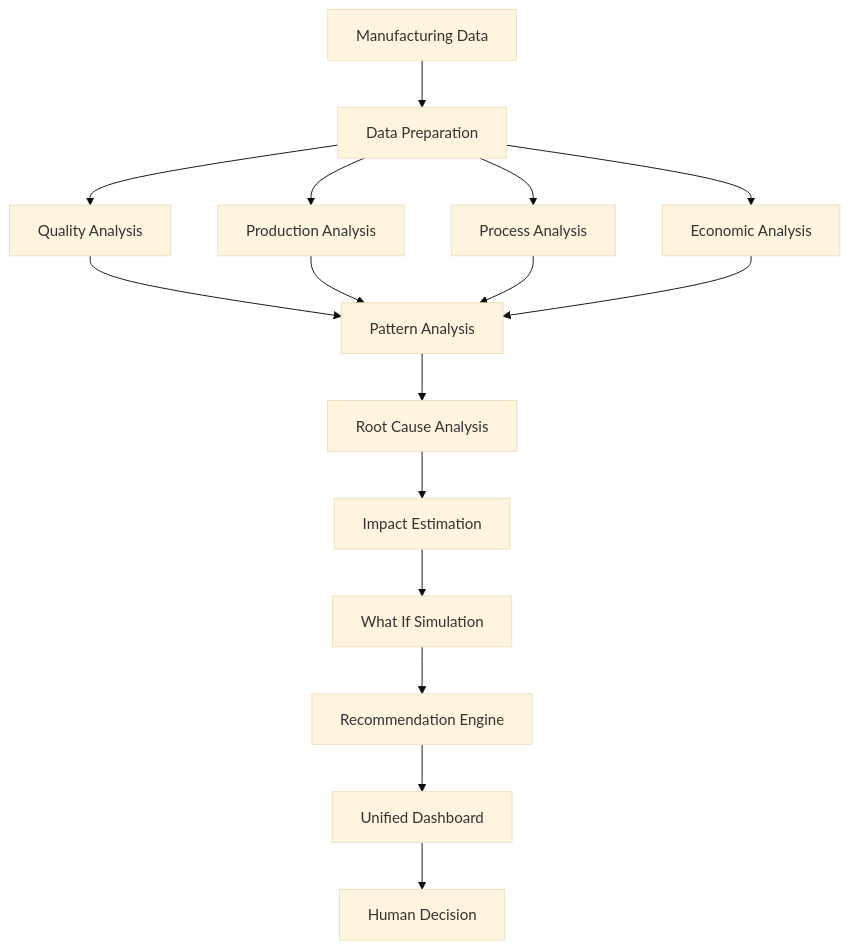
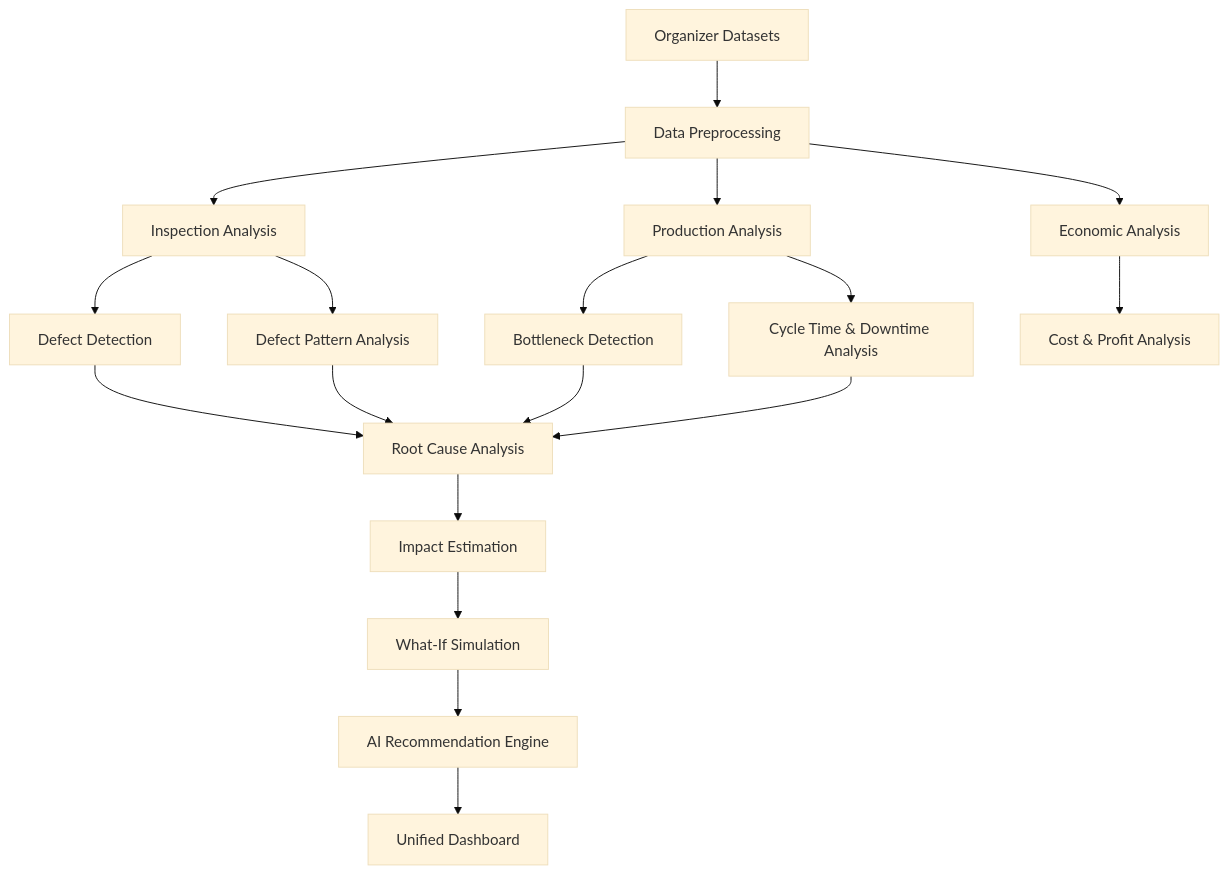
Before and after one commit to MBR52/Neurax-: the diagram in README.md, drawn with Mermaid (base theme).

````diff
--- a/README.md
+++ b/README.md
@@ -36,21 +36,28 @@
 ```mermaid
+
 flowchart TD
-    A[Manufacturing Data] --> B[Data Preparation]
+    A[Organizer Datasets] --> B[Data Preprocessing]
 
-    B --> C[Quality Analysis]
+    B --> C[Inspection Analysis]
     B --> D[Production Analysis]
-    B --> E[Process Analysis]
-    B --> F[Economic Analysis]
+    B --> E[Economic Analysis]
 
-    C --> G[Pattern Analysis]
-    D --> G
-    E --> G
-    F --> G
+    C --> F[Defect Detection]
+    C --> G[Defect Pattern Analysis]
 
-    G --> H[Root Cause Analysis]
-    H --> I[Impact Estimation]
-    I --> J[What If Simulation]
-    J --> K[Recommendation Engine]
-    K --> L[Unified Dashboard]
-    L --> M[Human Decision]
+    D --> H[Bottleneck Detection]
+    D --> I[Cycle Time & Downtime Analysis]
+
+    E --> J[Cost & Profit Analysis]
+
+    F --> K[Root Cause Analysis]
+    G --> K
+    H --> K
+    I --> K
+
+    K --> L[Impact Estimation]
+    L --> M[What-If Simulation]
+
+    M --> N[AI Recommendation Engine]
+    N --> O[Unified Dashboard]
 ```
````
